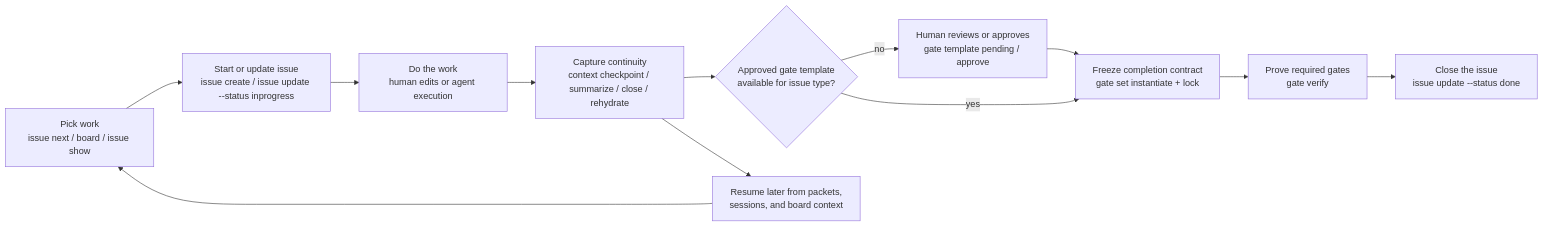
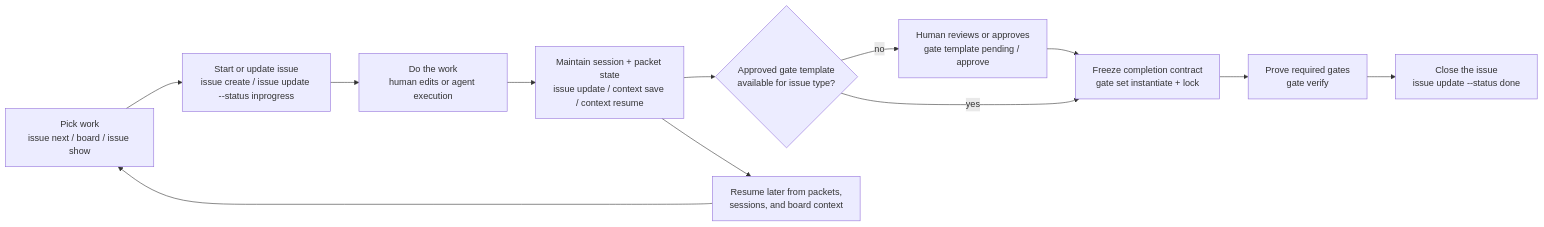
The second of 2 diagrams in README.md (willbastian/memori), drawn with Mermaid before and after one commit. The commit also changed other lines of this file, not shown here.

Commit message:
docs(readme): tighten continuity packet guidance (mem-10f075b)

````diff
--- a/README.md
+++ b/README.md
@@ -227,25 +234,25 @@
 ```mermaid
 flowchart LR
     Pick["Pick work<br/>issue next / board / issue show"]
     Start["Start or update issue<br/>issue create / issue update --status inprogress"]
     Work["Do the work<br/>human edits or agent execution"]
-    Context["Capture continuity<br/>context checkpoint / summarize / close / rehydrate"]
+    Context["Maintain session + packet state<br/>issue update / context save / context resume"]
     Template{"Approved gate template<br/>available for issue type?"}
     Review["Human reviews or approves<br/>gate template pending / approve"]
     Freeze["Freeze completion contract<br/>gate set instantiate + lock"]
     Verify["Prove required gates<br/>gate verify"]
     Close["Close the issue<br/>issue update --status done"]
     Resume["Resume later from packets,<br/>sessions, and board context"]
 
     Pick --> Start
     Start --> Work
     Work --> Context
     Context --> Template
     Template -- no --> Review
     Review --> Freeze
     Template -- yes --> Freeze
     Freeze --> Verify
     Verify --> Close
     Context --> Resume
     Resume --> Pick
 ```
````
